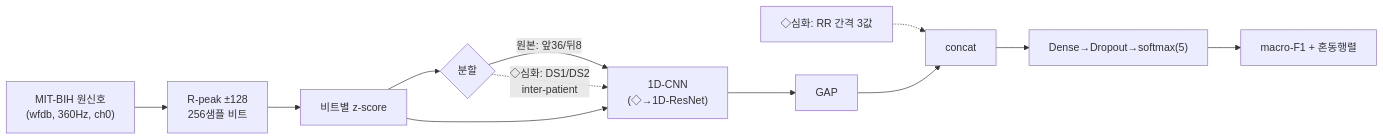
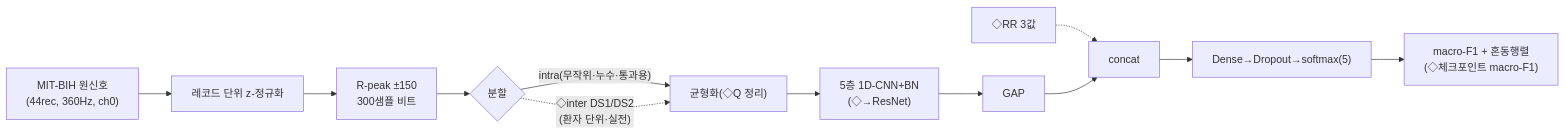
The third of 3 diagrams in content/ailab/ailab-2026-0007.md (ehdbddl06001-ui/my-github-test), drawn with Mermaid before and after one commit. The commit also changed other lines of this file and 2 other files, not shown here.

````diff
--- a/content/ailab/ailab-2026-0007.md
+++ b/content/ailab/ailab-2026-0007.md
@@ -188,14 +161,13 @@
 ```mermaid
 flowchart LR
-  RAW["MIT-BIH 원신호<br/>(wfdb, 360Hz, ch0)"] --> BEAT["R-peak ±128<br/>256샘플 비트"]
-  BEAT --> NORM["비트별 z-score"]
-  NORM --> SPLIT{"분할"}
-  SPLIT -->|"원본: 앞36/뒤8"| CNN
-  SPLIT -.->|"◇심화: DS1/DS2<br/>inter-patient"| CNN
-  RRX["◇심화: RR 간격 3값"] -.-> CAT
-  NORM --> CNN["1D-CNN<br/>(◇→1D-ResNet)"]
-  CNN --> GAP["GAP"]
-  GAP --> CAT["concat"]
+  RAW["MIT-BIH 원신호<br/>(44rec, 360Hz, ch0)"] --> NORM["레코드 단위 z-정규화"]
+  NORM --> BEAT["R-peak ±150<br/>300샘플 비트"]
+  BEAT --> SPLIT{"분할"}
+  SPLIT -->|"intra(무작위·누수·통과용)"| BAL
+  SPLIT -.->|"◇inter DS1/DS2<br/>(환자 단위·실전)"| BAL
+  BAL["균형화(◇Q 정리)"] --> CNN["5층 1D-CNN+BN<br/>(◇→ResNet)"]
+  RRX["◇RR 3값"] -.-> CAT
+  CNN --> GAP["GAP"] --> CAT["concat"]
   CAT --> HEAD["Dense→Dropout→softmax(5)"]
-  HEAD --> EVAL["macro-F1 + 혼동행렬"]
+  HEAD --> EVAL["macro-F1 + 혼동행렬<br/>(◇체크포인트 macro-F1)"]
 ```
````
